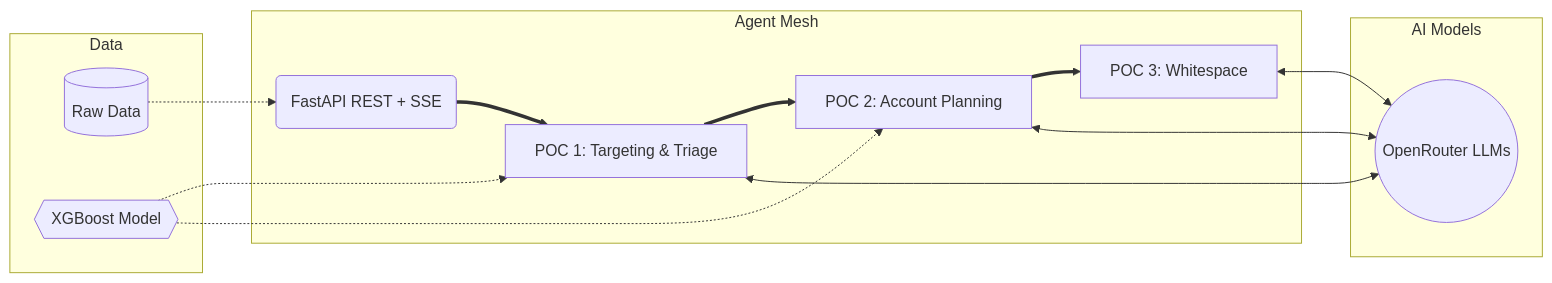
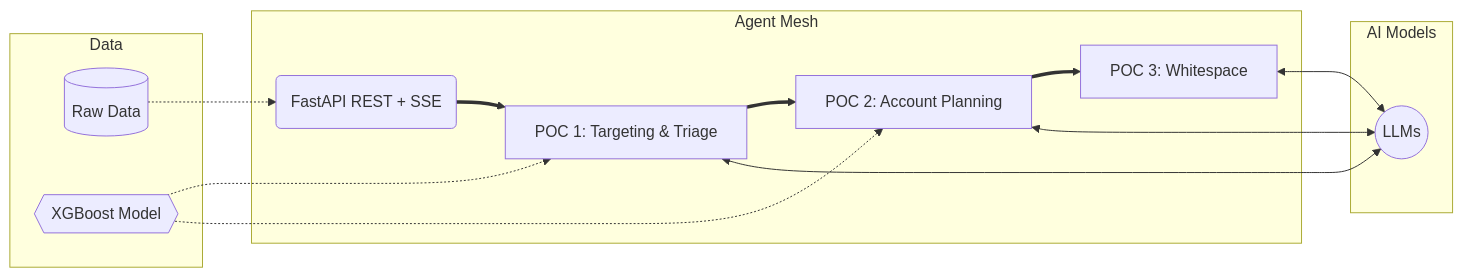
Before and after one commit to algoleap-demo/IQ-EQ: the diagram in README.md, drawn with Mermaid.

````diff
--- a/README.md
+++ b/README.md
@@ -26,30 +26,30 @@
 ```mermaid
 flowchart LR
   subgraph Data
     CSV[(Raw Data)]
     PKL{{XGBoost Model}}
   end
 
   subgraph Agent Mesh
     API(FastAPI REST + SSE)
     P1[POC 1: Targeting & Triage]
     P2[POC 2: Account Planning]
     P3[POC 3: Whitespace]
   end
 
   subgraph AI Models
-    LLM((OpenRouter LLMs))
+    LLM((LLMs))
   end
 
   CSV -.-> API
   PKL -.-> P1
   PKL -.-> P2
   
   API ==> P1
   P1 ==> P2
   P2 ==> P3
   
   P1 <--> LLM
   P2 <--> LLM
   P3 <--> LLM
 ```
````
